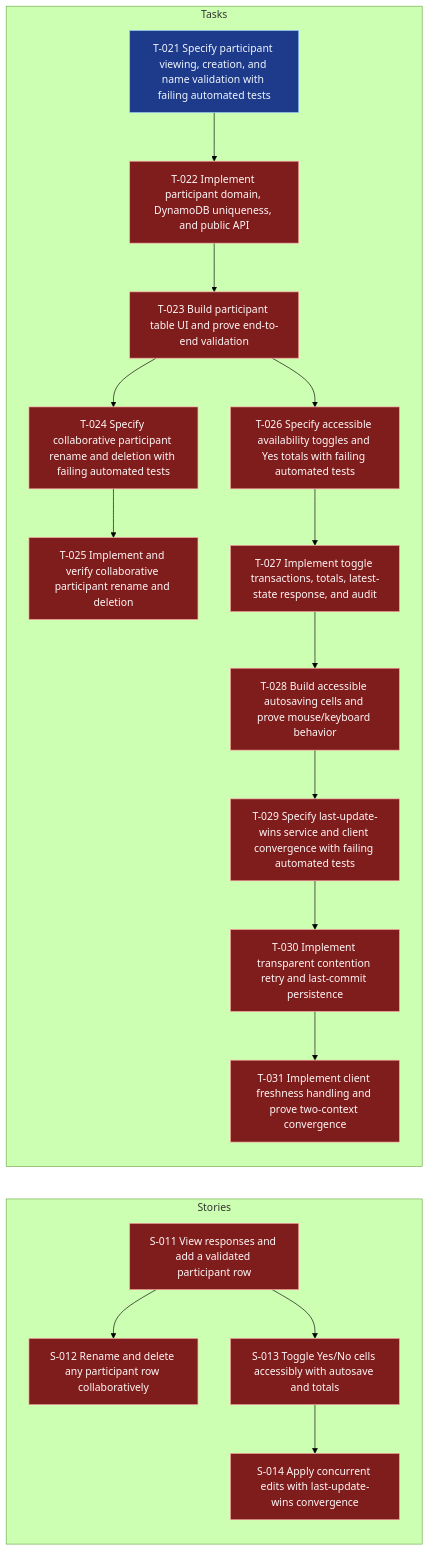
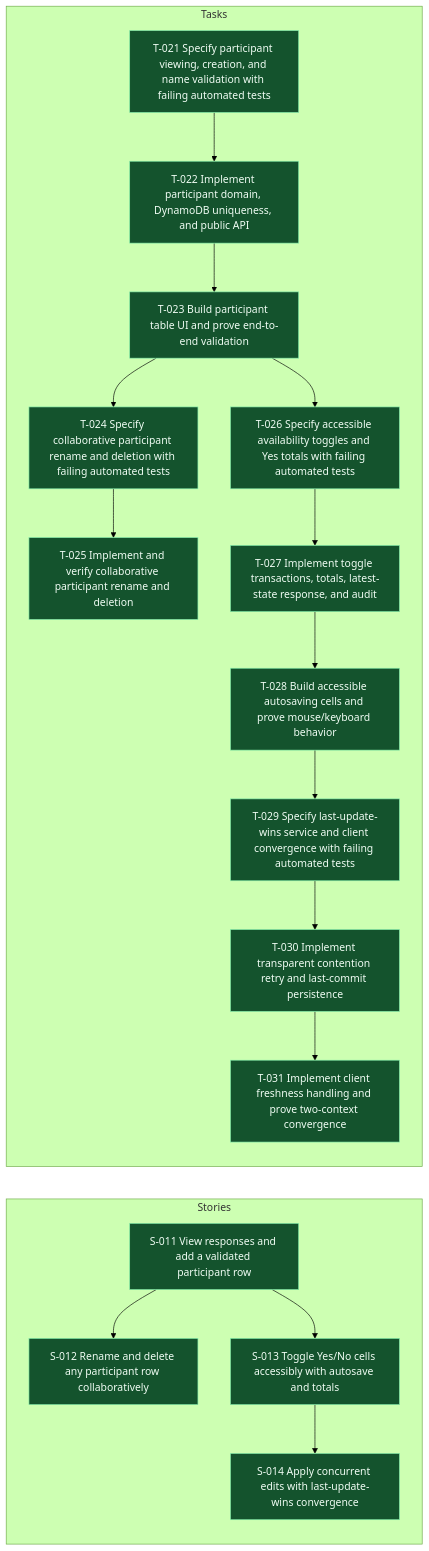
The diagram in .worktracker/graphs/E-004.mmd (andybalham/invite-agent), drawn with Mermaid (forest theme) before and after one commit. The commit also changed 31 other files, not shown here.

First line of the commit message:
feat: implement participant management in public polls

```diff
--- a/.worktracker/graphs/E-004.mmd
+++ b/.worktracker/graphs/E-004.mmd
@@ -1,53 +1,53 @@
 graph LR
   classDef done fill:#14532d,stroke:#86efac,color:#f0fdf4;
   classDef blocked fill:#7f1d1d,stroke:#fca5a5,color:#fff7f7;
   classDef inprogress fill:#78350f,stroke:#fbbf24,color:#fffbeb;
   classDef todo fill:#1e3a8a,stroke:#93c5fd,color:#eff6ff;
   classDef empty fill:#374151,stroke:#d1d5db,color:#f9fafb,stroke-dasharray: 3 3;
   subgraph Stories
-    S011["S-011 View responses and add a validated participant row"]:::blocked
-    S012["S-012 Rename and delete any participant row collaboratively"]:::blocked
-    S013["S-013 Toggle Yes/No cells accessibly with autosave and totals"]:::blocked
-    S014["S-014 Apply concurrent edits with last-update-wins convergence"]:::blocked
+    S011["S-011 View responses and add a validated participant row"]:::done
+    S012["S-012 Rename and delete any participant row collaboratively"]:::done
+    S013["S-013 Toggle Yes/No cells accessibly with autosave and totals"]:::done
+    S014["S-014 Apply concurrent edits with last-update-wins convergence"]:::done
     S011 --> S012
     S011 --> S013
     S013 --> S014
   end
   subgraph Tasks
-    T021["T-021 Specify participant viewing, creation, and name validation with failing automated tests"]:::todo
-    T022["T-022 Implement participant domain, DynamoDB uniqueness, and public API"]:::blocked
-    T023["T-023 Build participant table UI and prove end-to-end validation"]:::blocked
-    T024["T-024 Specify collaborative participant rename and deletion with failing automated tests"]:::blocked
-    T025["T-025 Implement and verify collaborative participant rename and deletion"]:::blocked
-    T026["T-026 Specify accessible availability toggles and Yes totals with failing automated tests"]:::blocked
-    T027["T-027 Implement toggle transactions, totals, latest-state response, and audit"]:::blocked
-    T028["T-028 Build accessible autosaving cells and prove mouse/keyboard behavior"]:::blocked
-    T029["T-029 Specify last-update-wins service and client convergence with failing automated tests"]:::blocked
-    T030["T-030 Implement transparent contention retry and last-commit persistence"]:::blocked
-    T031["T-031 Implement client freshness handling and prove two-context convergence"]:::blocked
+    T021["T-021 Specify participant viewing, creation, and name validation with failing automated tests"]:::done
+    T022["T-022 Implement participant domain, DynamoDB uniqueness, and public API"]:::done
+    T023["T-023 Build participant table UI and prove end-to-end validation"]:::done
+    T024["T-024 Specify collaborative participant rename and deletion with failing automated tests"]:::done
+    T025["T-025 Implement and verify collaborative participant rename and deletion"]:::done
+    T026["T-026 Specify accessible availability toggles and Yes totals with failing automated tests"]:::done
+    T027["T-027 Implement toggle transactions, totals, latest-state response, and audit"]:::done
+    T028["T-028 Build accessible autosaving cells and prove mouse/keyboard behavior"]:::done
+    T029["T-029 Specify last-update-wins service and client convergence with failing automated tests"]:::done
+    T030["T-030 Implement transparent contention retry and last-commit persistence"]:::done
+    T031["T-031 Implement client freshness handling and prove two-context convergence"]:::done
     T021 --> T022
     T022 --> T023
     T023 --> T024
     T023 --> T026
     T024 --> T025
     T026 --> T027
     T027 --> T028
     T028 --> T029
     T029 --> T030
     T030 --> T031
   end
   click S011 "../entities/S-011-view-responses-and-add-a-validated-participant-row.md"
   click S012 "../entities/S-012-rename-and-delete-any-participant-row-collaboratively.md"
   click S013 "../entities/S-013-toggle-yes-no-cells-accessibly-with-autosave-and-totals.md"
   click S014 "../entities/S-014-apply-concurrent-edits-with-last-update-wins-convergence.md"
   click T021 "../entities/T-021-specify-participant-viewing-creation-and-name-validation-with-failing-automated-tests.md"
   click T022 "../entities/T-022-implement-participant-domain-dynamodb-uniqueness-and-public-api.md"
   click T023 "../entities/T-023-build-participant-table-ui-and-prove-end-to-end-validation.md"
   click T024 "../entities/T-024-specify-collaborative-participant-rename-and-deletion-with-failing-automated-tests.md"
   click T025 "../entities/T-025-implement-and-verify-collaborative-participant-rename-and-deletion.md"
   click T026 "../entities/T-026-specify-accessible-availability-toggles-and-yes-totals-with-failing-automated-tests.md"
   click T027 "../entities/T-027-implement-toggle-transactions-totals-latest-state-response-and-audit.md"
   click T028 "../entities/T-028-build-accessible-autosaving-cells-and-prove-mouse-keyboard-behavior.md"
   click T029 "../entities/T-029-specify-last-update-wins-service-and-client-convergence-with-failing-automated-tests.md"
   click T030 "../entities/T-030-implement-transparent-contention-retry-and-last-commit-persistence.md"
   click T031 "../entities/T-031-implement-client-freshness-handling-and-prove-two-context-convergence.md"
```
